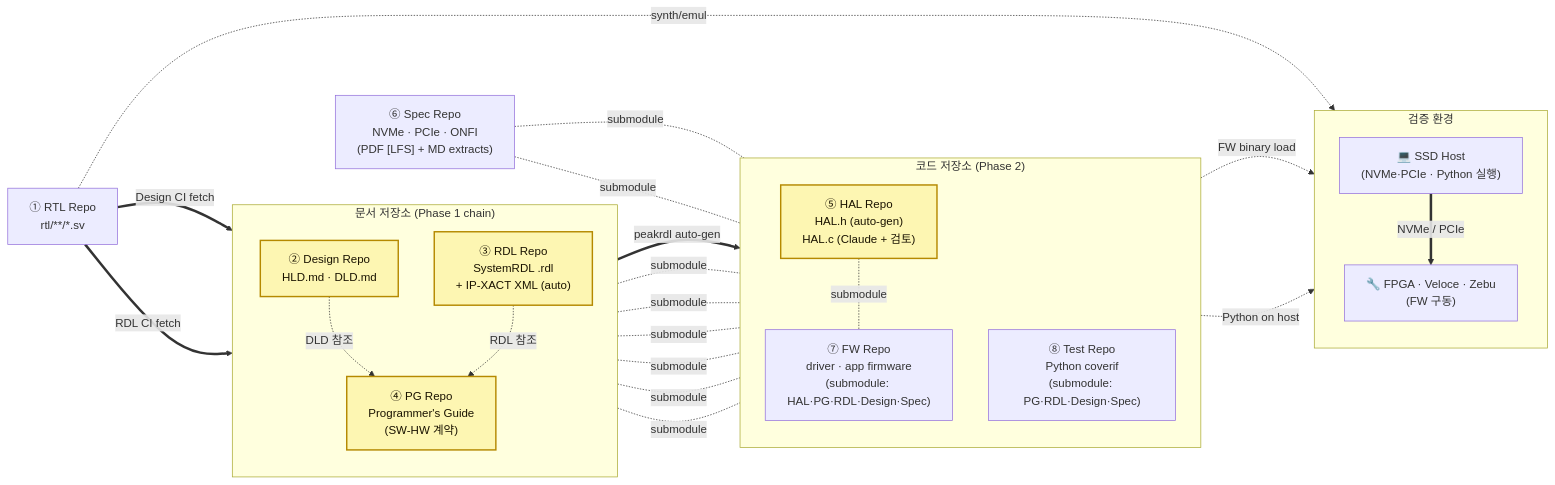
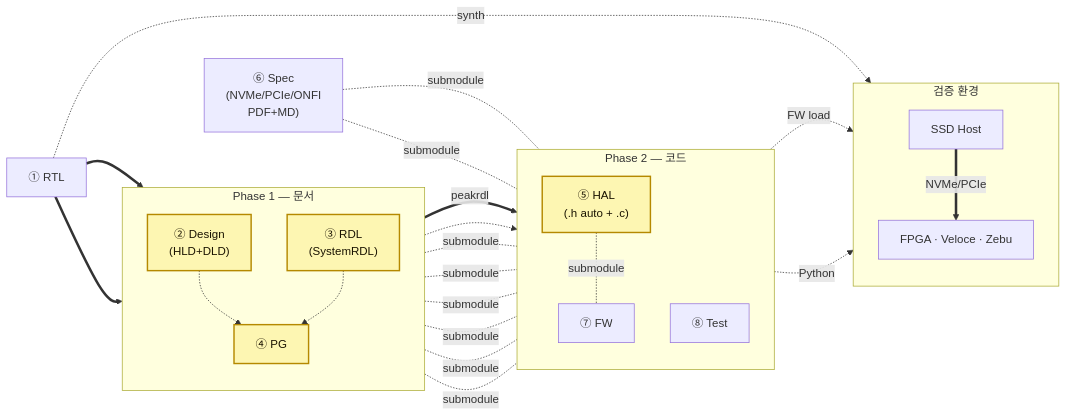
The diagram in docs/proposal/02-proposal.md (k31001/ssd-soc-cfg-mngt), drawn with Mermaid before and after one commit. The commit also changed other lines of this file and 19 other files, not shown here.

````diff
--- a/docs/proposal/02-proposal.md
+++ b/docs/proposal/02-proposal.md
@@ -15,49 +5,50 @@
 ```mermaid
 flowchart LR
-    R1["① RTL Repo<br/>rtl/**/*.sv"]
-    RS["⑥ Spec Repo<br/>NVMe · PCIe · ONFI<br/>(PDF [LFS] + MD extracts)"]
+    R1["① RTL"]
+    RS["⑥ Spec<br/>(NVMe/PCIe/ONFI<br/>PDF+MD)"]
 
-    subgraph DOCS["문서 저장소 (Phase 1 chain)"]
+    subgraph DOCS["Phase 1 — 문서"]
       direction TB
-      R2["② Design Repo<br/>HLD.md · DLD.md"]:::contract
-      R3["③ RDL Repo<br/>SystemRDL .rdl<br/>+ IP-XACT XML (auto)"]:::contract
-      R4["④ PG Repo<br/>Programmer's Guide<br/>(SW-HW 계약)"]:::contract
+      R2["② Design<br/>(HLD+DLD)"]:::contract
+      R3["③ RDL<br/>(SystemRDL)"]:::contract
+      R4["④ PG"]:::contract
     end
 
-    subgraph CODE["코드 저장소 (Phase 2)"]
+    subgraph CODE["Phase 2 — 코드"]
       direction TB
-      R5["⑤ HAL Repo<br/>HAL.h (auto-gen)<br/>HAL.c (Claude + 검토)"]:::contract
-      R6["⑦ FW Repo<br/>driver · app firmware<br/>(submodule: HAL·PG·RDL·Design·Spec)"]
-      R7["⑧ Test Repo<br/>Python coverif<br/>(submodule: PG·RDL·Design·Spec)"]
+      R5["⑤ HAL<br/>(.h auto + .c)"]:::contract
+      R6["⑦ FW"]
+      R7["⑧ Test"]
     end
 
     subgraph ENV["검증 환경"]
       direction TB
-      PLAT["🔧 FPGA · Veloce · Zebu<br/>(FW 구동)"]
-      HOST["💻 SSD Host<br/>(NVMe·PCIe · Python 실행)"]
+      PLAT["FPGA · Veloce · Zebu"]
+      HOST["SSD Host"]
     end
 
-    R1 ==>|"Design CI fetch"| R2
-    R1 ==>|"RDL CI fetch"| R3
-    R2 -.->|"DLD 참조"| R4
-    R3 -.->|"RDL 참조"| R4
-    R3 ==>|"peakrdl auto-gen"| R5
+    R1 ==> R2
+    R1 ==> R3
+    R2 -.-> R4
+    R3 -.-> R4
+    R3 ==>|peakrdl| R5
+    R4 -.-> R5
 
     R5 -.submodule.- R6
     R4 -.submodule.- R6
     R3 -.submodule.- R6
     R2 -.submodule.- R6
     RS -.submodule.- R6
 
     R4 -.submodule.- R7
     R3 -.submodule.- R7
     R2 -.submodule.- R7
     RS -.submodule.- R7
 
-    R1 -. synth/emul .-> PLAT
-    R6 -. FW binary load .-> PLAT
-    R7 -. Python on host .-> HOST
-    HOST ==>|"NVMe / PCIe"| PLAT
+    R1 -. synth .-> PLAT
+    R6 -. FW load .-> PLAT
+    R7 -. Python .-> HOST
+    HOST ==>|NVMe/PCIe| PLAT
 
     classDef contract fill:#fdf6b2,stroke:#b58900,stroke-width:2px,color:#1a1300;
 ```
````
